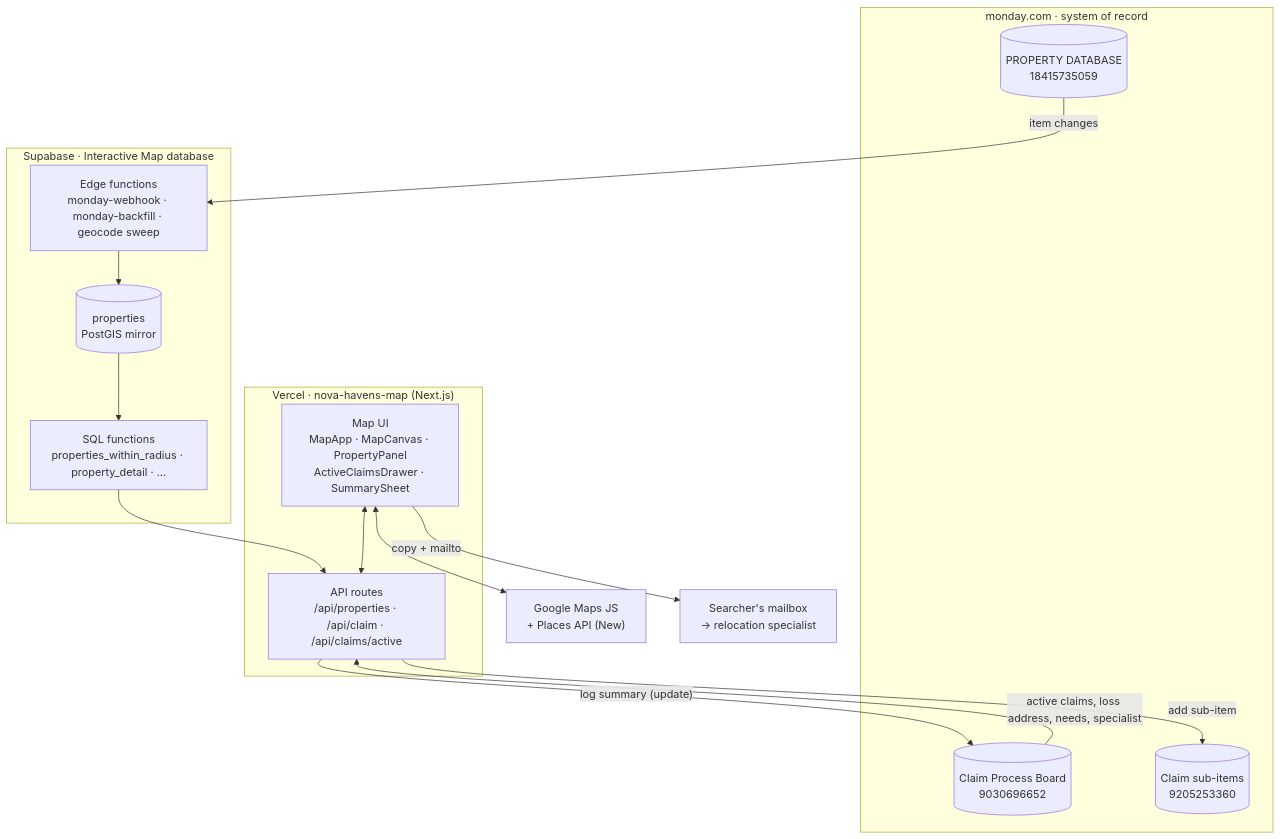
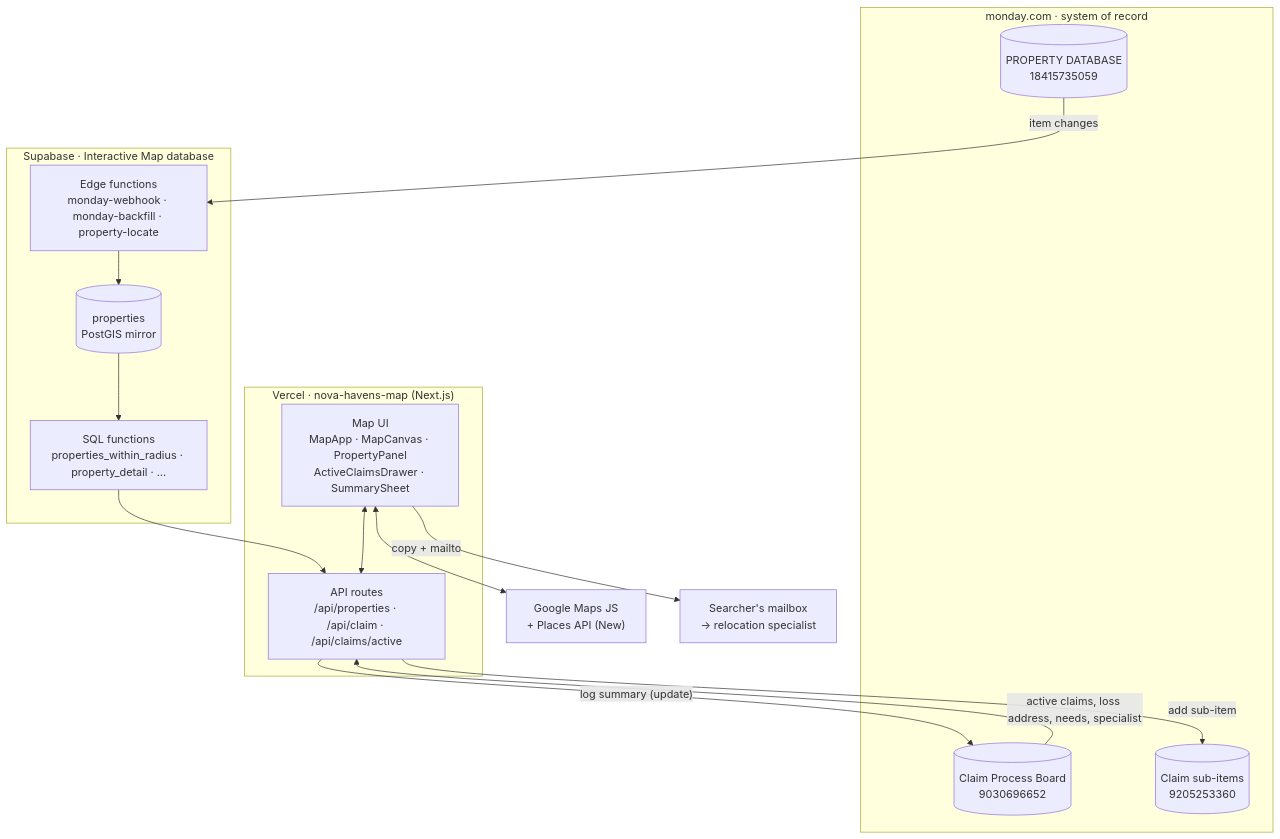
Before and after one commit to Novahavens/Interactive-map: the first of 2 diagrams in README.md, drawn with Mermaid. The commit also changed other lines of this file and 11 other files, not shown here.

````diff
--- a/README.md
+++ b/README.md
@@ -139,31 +144,31 @@
 ```mermaid
 flowchart TB
   subgraph monday["monday.com · system of record"]
     PB[("PROPERTY DATABASE<br/>18415735059")]
     CB[("Claim Process Board<br/>9030696652")]
     SB[("Claim sub-items<br/>9205253360")]
   end
 
   subgraph supa["Supabase · Interactive Map database"]
-    EF["Edge functions<br/>monday-webhook · monday-backfill · geocode sweep"]
+    EF["Edge functions<br/>monday-webhook · monday-backfill · property-locate"]
     T[("properties<br/>PostGIS mirror")]
     RPC["SQL functions<br/>properties_within_radius · property_detail · …"]
   end
 
   subgraph vercel["Vercel · nova-havens-map (Next.js)"]
     UI["Map UI<br/>MapApp · MapCanvas · PropertyPanel<br/>ActiveClaimsDrawer · SummarySheet"]
     API["API routes<br/>/api/properties · /api/claim · /api/claims/active"]
   end
 
   G["Google Maps JS<br/>+ Places API (New)"]
   MAIL["Searcher's mailbox<br/>→ relocation specialist"]
 
   PB -- "item changes" --> EF --> T
   T --> RPC --> API
   CB -- "active claims, loss address, needs, specialist" --> API
   API -- "add sub-item" --> SB
   API -- "log summary (update)" --> CB
   UI <--> API
   UI <--> G
   UI -- "copy + mailto" --> MAIL
 ```
````
